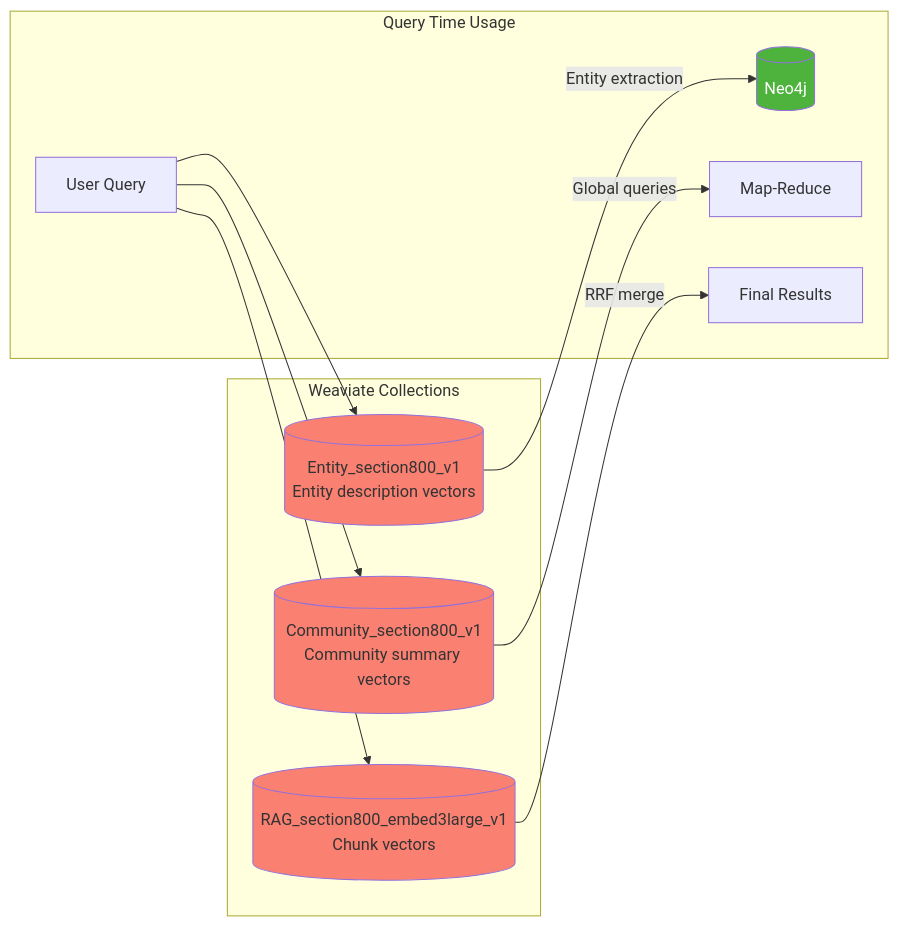
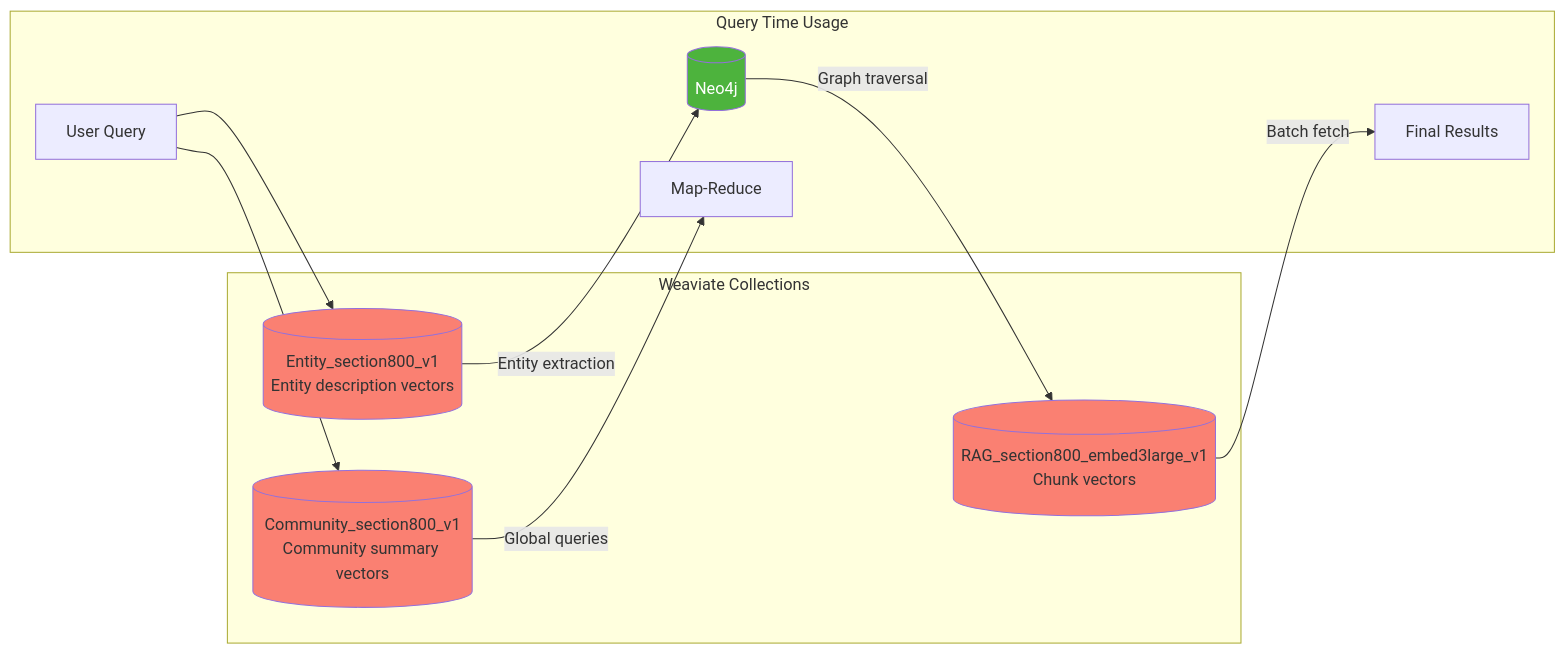
The sixth of 8 diagrams in memory-bank/graphrag/graphrag_raglab_implementation.md (crlsrmrlsz/raglab), drawn with Mermaid before and after one commit. The commit also changed other lines of this file and 8 other files, not shown here.

First line of the commit message:
refactor(graphrag): convert to pure graph retrieval per Microsoft design

````diff
--- a/memory-bank/graphrag/graphrag_raglab_implementation.md
+++ b/memory-bank/graphrag/graphrag_raglab_implementation.md
@@ -454,23 +452,23 @@
 ```mermaid
 flowchart LR
     subgraph Collections["Weaviate Collections"]
         CHUNKS[(RAG_section800_embed3large_v1<br/>Chunk vectors)]
         COMMS[(Community_section800_v1<br/>Community summary vectors)]
         ENTS[(Entity_section800_v1<br/>Entity description vectors)]
     end
 
     subgraph Usage["Query Time Usage"]
-        QUERY[User Query] --> CHUNKS
+        QUERY[User Query] --> ENTS
         QUERY --> COMMS
-        QUERY --> ENTS
 
         ENTS --> |Entity extraction| NEO4J[(Neo4j)]
+        NEO4J --> |Graph traversal| CHUNKS
+        CHUNKS --> |Batch fetch| RESULTS[Final Results]
         COMMS --> |Global queries| MAPRED[Map-Reduce]
-        CHUNKS --> |RRF merge| RESULTS[Final Results]
     end
 
     style CHUNKS fill:#fa8072
     style COMMS fill:#fa8072
     style ENTS fill:#fa8072
     style NEO4J fill:#4db33d,color:white
 ```
````
